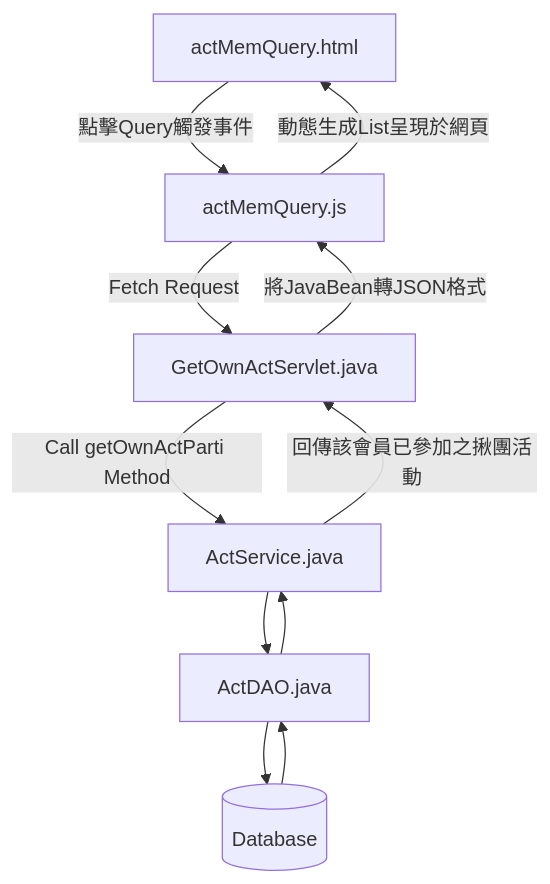
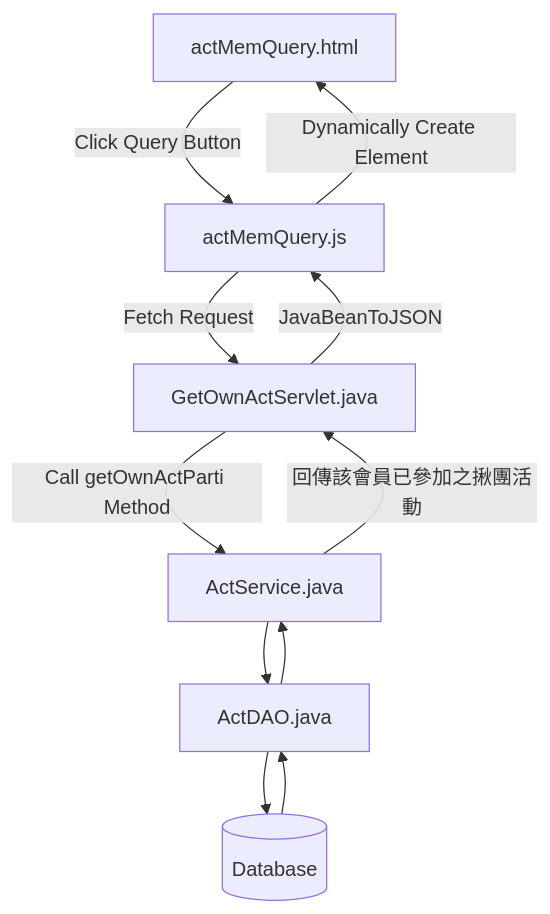
One commit to TLexYuW/CGA103G1OwnPart changed the third of 11 diagrams in README.md. Above: the diagram before and after it, drawn with Mermaid. The commit also changed other lines of this file, not shown here.

Commit message:
LexVaultBackup: 2022-09-12 16:23:34
Affected files:
README.md

````diff
--- a/README.md
+++ b/README.md
@@ -93,7 +93,7 @@
 ```mermaid
 flowchart
-	aMQhtml[actMemQuery.html] -->|點擊Query觸發事件| aMQjs[actMemQuery.js] -->|Fetch Request| GOAS[GetOwnActServlet.java]
+	aMQhtml[actMemQuery.html] -->|Click Query Button| aMQjs[actMemQuery.js] -->|Fetch Request| GOAS[GetOwnActServlet.java]
 	-->|Call getOwnActParti Method| AS[ActService.java] --> AD[ActDAO.java] --> DB[(Database)]
 	
-	DB --> AD --> AS -->|回傳該會員已參加之揪團活動| GOAS -->|將JavaBean轉JSON格式| aMQjs -->|動態生成List呈現於網頁| aMQhtml
+	DB --> AD --> AS -->|回傳該會員已參加之揪團活動| GOAS -->|JavaBeanToJSON| aMQjs -->|Dynamically Create Element| aMQhtml
 ```
````
